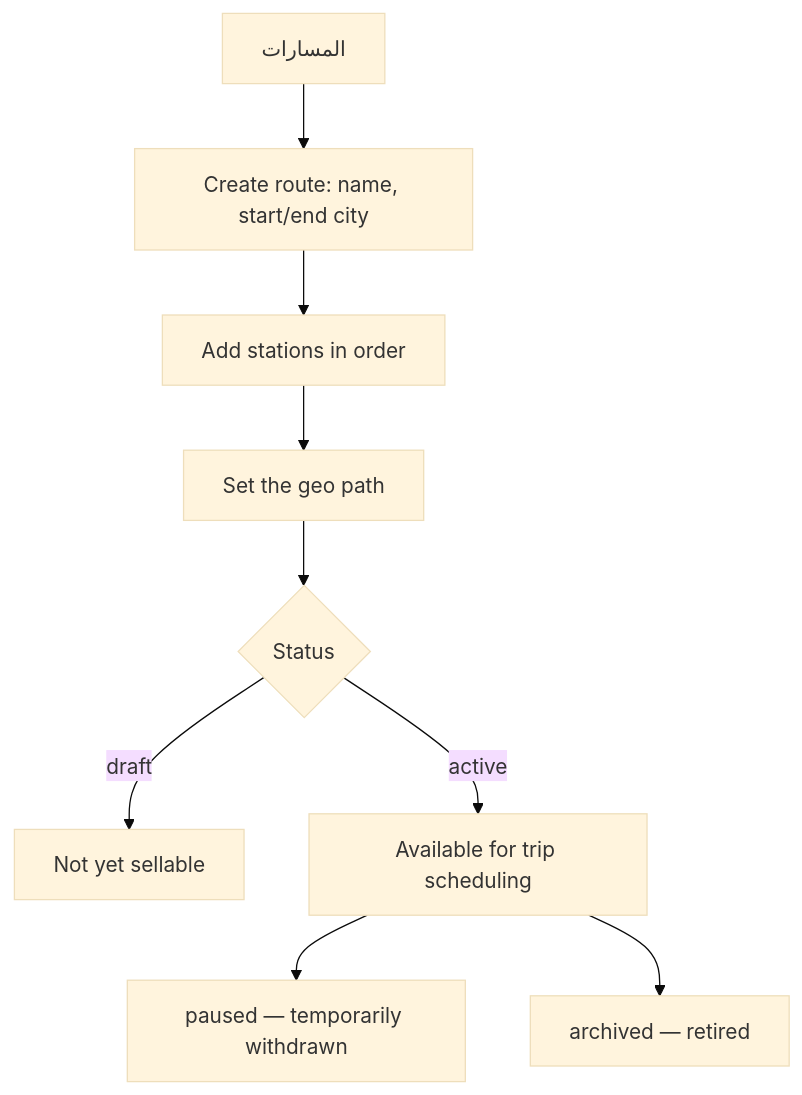
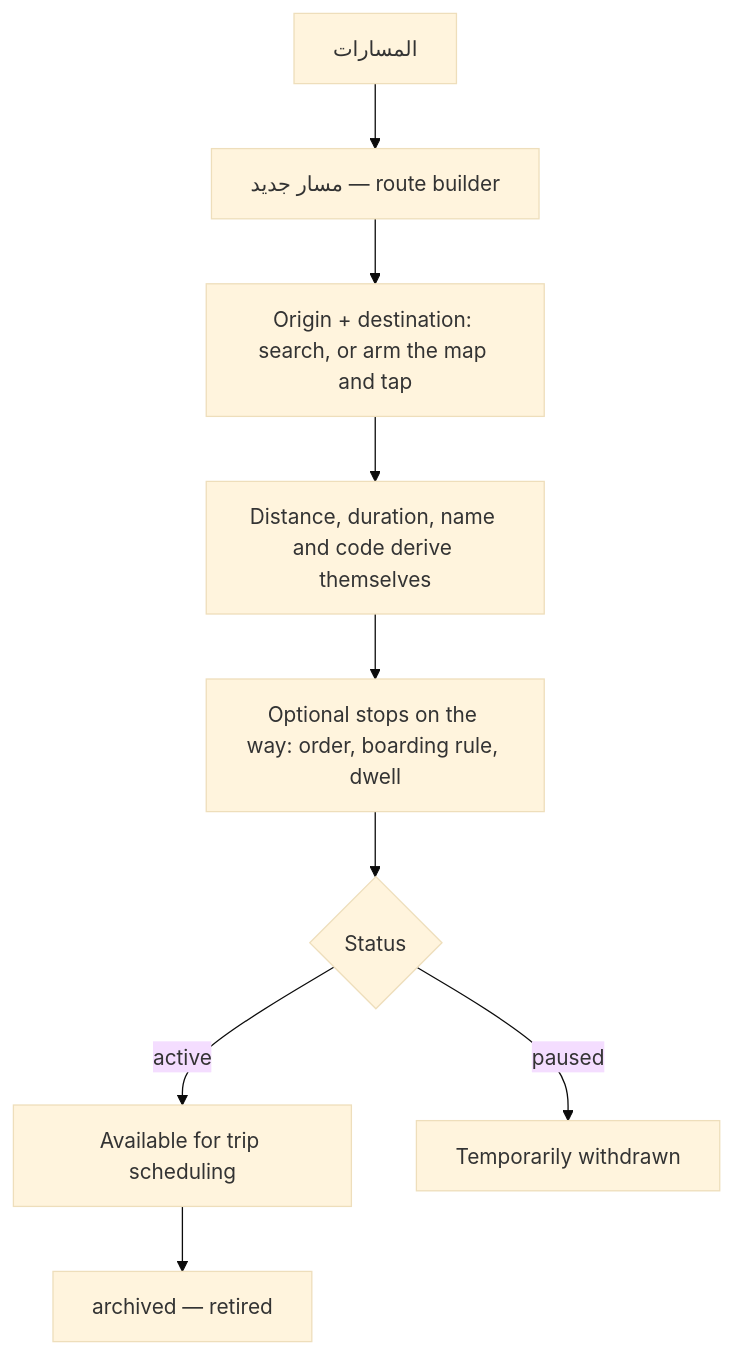
One commit to mahmoudyoussef3/bmt_app changed the seventh of 22 diagrams in docs/dashboard/DASHBOARD_USER_FLOWS.md. Above: the diagram before and after it, drawn with Mermaid (base theme). The commit also changed other lines of this file and 23 other files, not shown here.

Commit message:
create route enhanceing

````diff
--- a/docs/dashboard/DASHBOARD_USER_FLOWS.md
+++ b/docs/dashboard/DASHBOARD_USER_FLOWS.md
@@ -233,11 +233,11 @@
 ```mermaid
 graph TD
-    A[المسارات] --> B[Create route: name, start/end city]
-    B --> C[Add stations in order]
-    C --> D[Set the geo path]
-    D --> E{Status}
-    E -->|draft| F[Not yet sellable]
-    E -->|active| G[Available for trip scheduling]
-    G --> H[paused — temporarily withdrawn]
+    A[المسارات] --> B[مسار جديد — route builder]
+    B --> C[Origin + destination: search, or arm the map and tap]
+    C --> D[Distance, duration, name and code derive themselves]
+    D --> E[Optional stops on the way: order, boarding rule, dwell]
+    E --> F{Status}
+    F -->|active| G[Available for trip scheduling]
+    F -->|paused| H[Temporarily withdrawn]
     G --> I[archived — retired]
 ```
````
